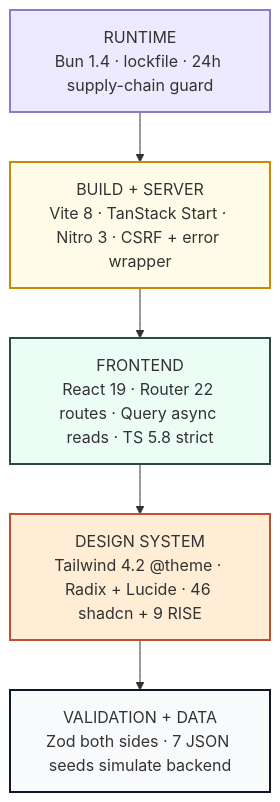
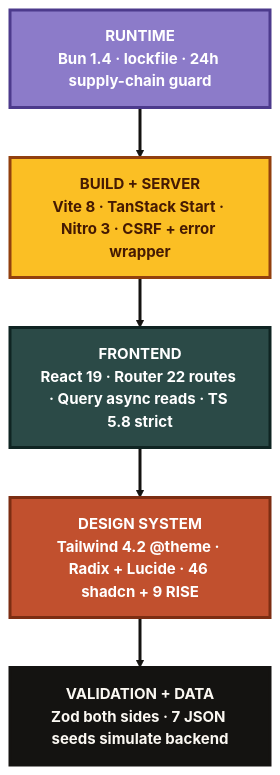
One commit to ayushjha-dev/RISE changed the sixth of 7 diagrams in README.md. Above: the diagram before and after it, drawn with Mermaid. The commit also changed other lines of this file, not shown here.

Commit message:
Make README diagrams high-contrast and attractive

````diff
--- a/README.md
+++ b/README.md
@@ -339,12 +377,17 @@
 ```mermaid
+%%{init: {'theme': 'base', 'themeVariables': {'fontSize': '15px', 'fontFamily': 'Inter, system-ui, sans-serif', 'lineColor': '#141311'}}}%%
 flowchart TB
-    RUN["RUNTIME<br/>Bun 1.4 · lockfile · 24h supply-chain guard"] --> BUILD["BUILD + SERVER<br/>Vite 8 · TanStack Start · Nitro 3 · CSRF + error wrapper"]
-    BUILD --> FRONT["FRONTEND<br/>React 19 · Router 22 routes · Query async reads · TS 5.8 strict"]
-    FRONT --> DS["DESIGN SYSTEM<br/>Tailwind 4.2 @theme · Radix + Lucide · 46 shadcn + 9 RISE"]
-    DS --> DATA["VALIDATION + DATA<br/>Zod both sides · 7 JSON seeds simulate backend"]
-    style RUN fill:#ede9fe,stroke:#8c7bc9,stroke-width:2px
-    style BUILD fill:#fefce8,stroke:#ca8a04,stroke-width:2px
-    style FRONT fill:#ecfdf5,stroke:#2b4a47,stroke-width:2px
-    style DS fill:#ffedd5,stroke:#c1502e,stroke-width:2px
-    style DATA fill:#f8fafc,stroke:#0f172a,stroke-width:2px
+    RUN["<b>RUNTIME</b><br/>Bun 1.4 · lockfile · 24h supply-chain guard"]
+    BUILD["<b>BUILD + SERVER</b><br/>Vite 8 · TanStack Start · Nitro 3 · CSRF + error wrapper"]
+    FRONT["<b>FRONTEND</b><br/>React 19 · Router 22 routes · Query async reads · TS 5.8 strict"]
+    DS["<b>DESIGN SYSTEM</b><br/>Tailwind 4.2 @theme · Radix + Lucide · 46 shadcn + 9 RISE"]
+    DATA["<b>VALIDATION + DATA</b><br/>Zod both sides · 7 JSON seeds simulate backend"]
+    RUN --> BUILD --> FRONT --> DS --> DATA
+    classDef run fill:#8c7bc9,stroke:#4c3a8c,stroke-width:3px,color:#fff,font-weight:bold;
+    classDef build fill:#fbbf24,stroke:#92400e,stroke-width:3px,color:#451a03,font-weight:bold;
+    classDef front fill:#2b4a47,stroke:#0f2422,stroke-width:3px,color:#fff,font-weight:bold;
+    classDef ds fill:#c1502e,stroke:#7c2d12,stroke-width:3px,color:#fff,font-weight:bold;
+    classDef data fill:#141311,stroke:#141311,stroke-width:3px,color:#fbf8f2,font-weight:bold;
+    class RUN run; class BUILD build; class FRONT front; class DS ds; class DATA data;
+    linkStyle 0,1,2,3 stroke:#141311,stroke-width:3px;
 ```
````
